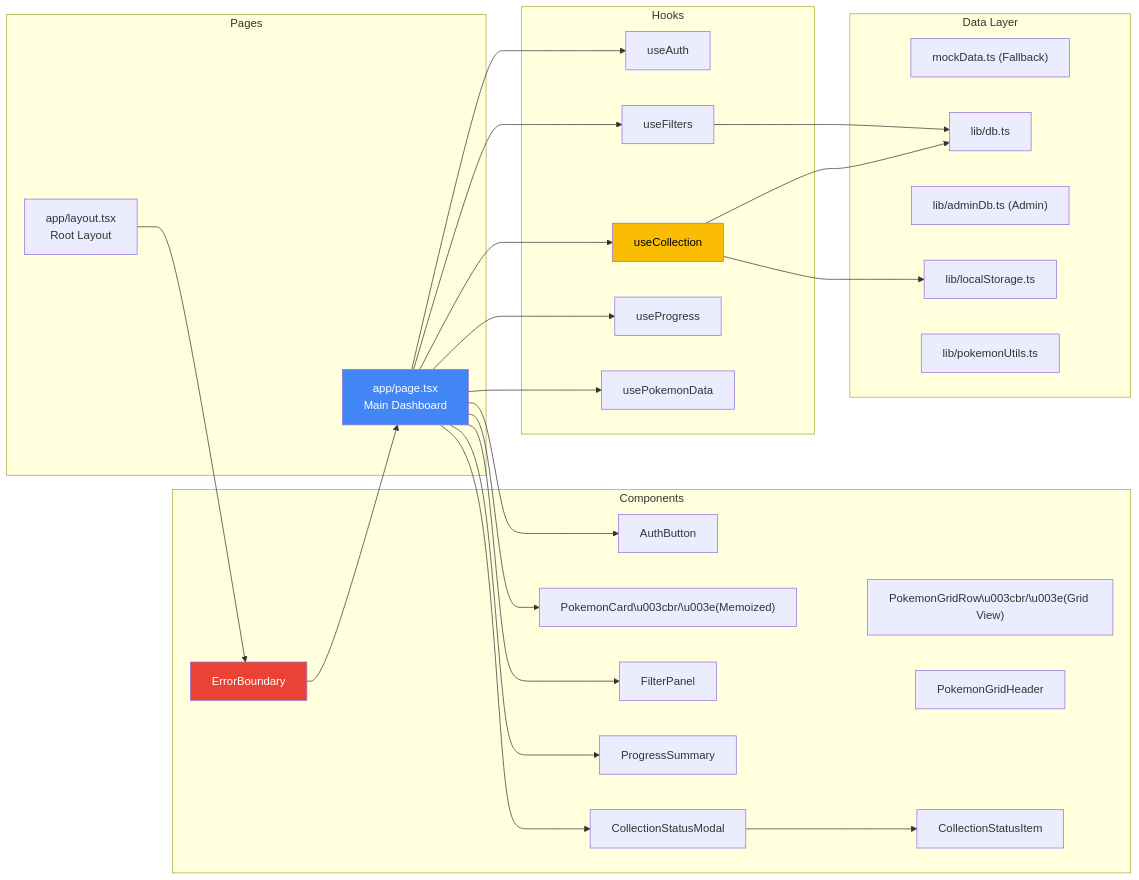
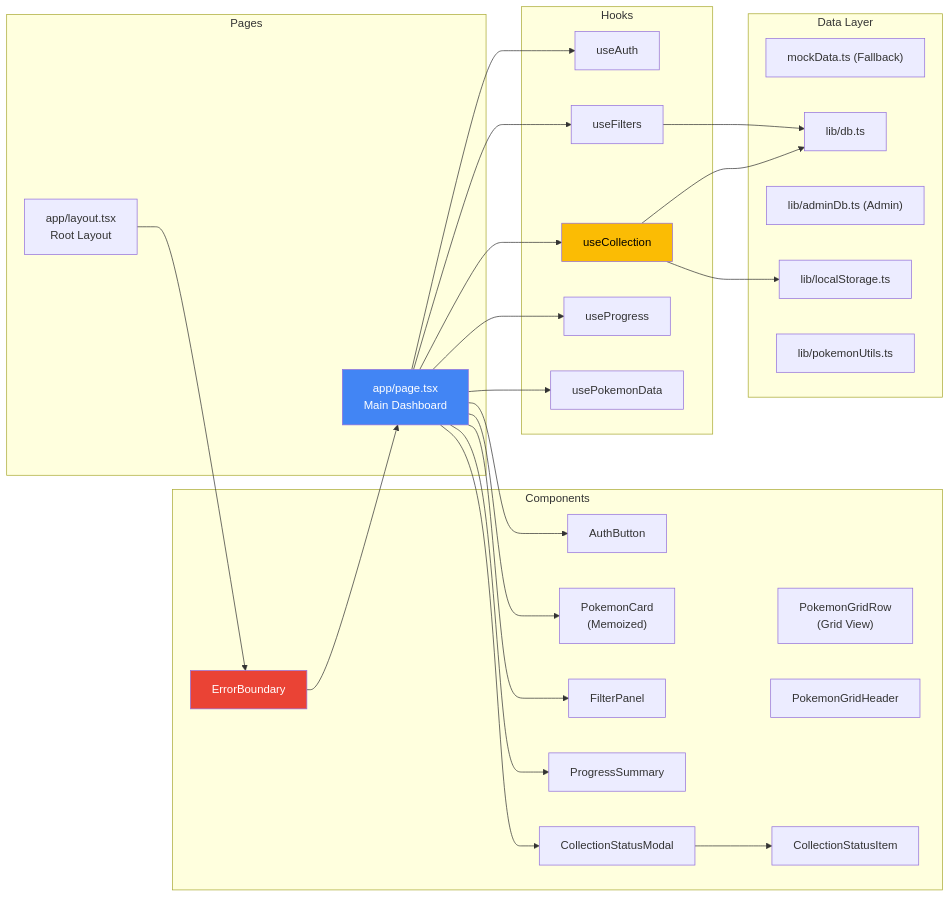
The second of 13 diagrams in docs/3_architecture.md (Kujo-n/pokesleepfaces), drawn with Mermaid before and after one commit. The commit also changed other lines of this file and 2 other files, not shown here.

````diff
--- a/docs/3_architecture.md
+++ b/docs/3_architecture.md
@@ -40,59 +40,59 @@
  ```mermaid
  graph LR
      subgraph "Pages"
          Page[app/page.tsx<br/>Main Dashboard]
          Layout[app/layout.tsx<br/>Root Layout]
      end
      
      subgraph "Components"
          AuthBtn[AuthButton]
-         PokemonCard["PokemonCard\u003cbr/\u003e(Memoized)"]
-         PokemonGridRow["PokemonGridRow\u003cbr/\u003e(Grid View)"]
+         PokemonCard["PokemonCard<br/>(Memoized)"]
+         PokemonGridRow["PokemonGridRow<br/>(Grid View)"]
          PokemonGridHeader[PokemonGridHeader]
          FilterPanel[FilterPanel]
          ProgressSummary[ProgressSummary]
          StatusModal[CollectionStatusModal]
          StatusItem[CollectionStatusItem]
          ErrorBoundary[ErrorBoundary]
      end
      
      subgraph "Hooks"
          useAuth[useAuth]
          useCollection[useCollection]
          useFilters[useFilters]
          useProgress[useProgress]
          usePokemonData[usePokemonData]
      end
      
      subgraph "Data Layer"
          MockData["mockData.ts (Fallback)"]
          DB[lib/db.ts]
          AdminDB["lib/adminDb.ts (Admin)"]
          LocalStore[lib/localStorage.ts]
          PokemonUtils[lib/pokemonUtils.ts]
      end
      
      Layout --> ErrorBoundary
      ErrorBoundary --> Page
      
      Page --> useAuth
      Page --> useCollection
      Page --> useFilters
      Page --> useProgress
      Page --> usePokemonData
      
      Page --> AuthBtn
      Page --> PokemonCard
      Page --> FilterPanel
      Page --> ProgressSummary
      Page --> StatusModal
      StatusModal --> StatusItem
      
      useCollection --> DB
      useCollection --> LocalStore
      useFilters --> DB
      
      style Page fill:#4285f4,color:#fff
      style ErrorBoundary fill:#ea4335,color:#fff
      style useCollection fill:#fbbc04,color:#000
  ```
````
